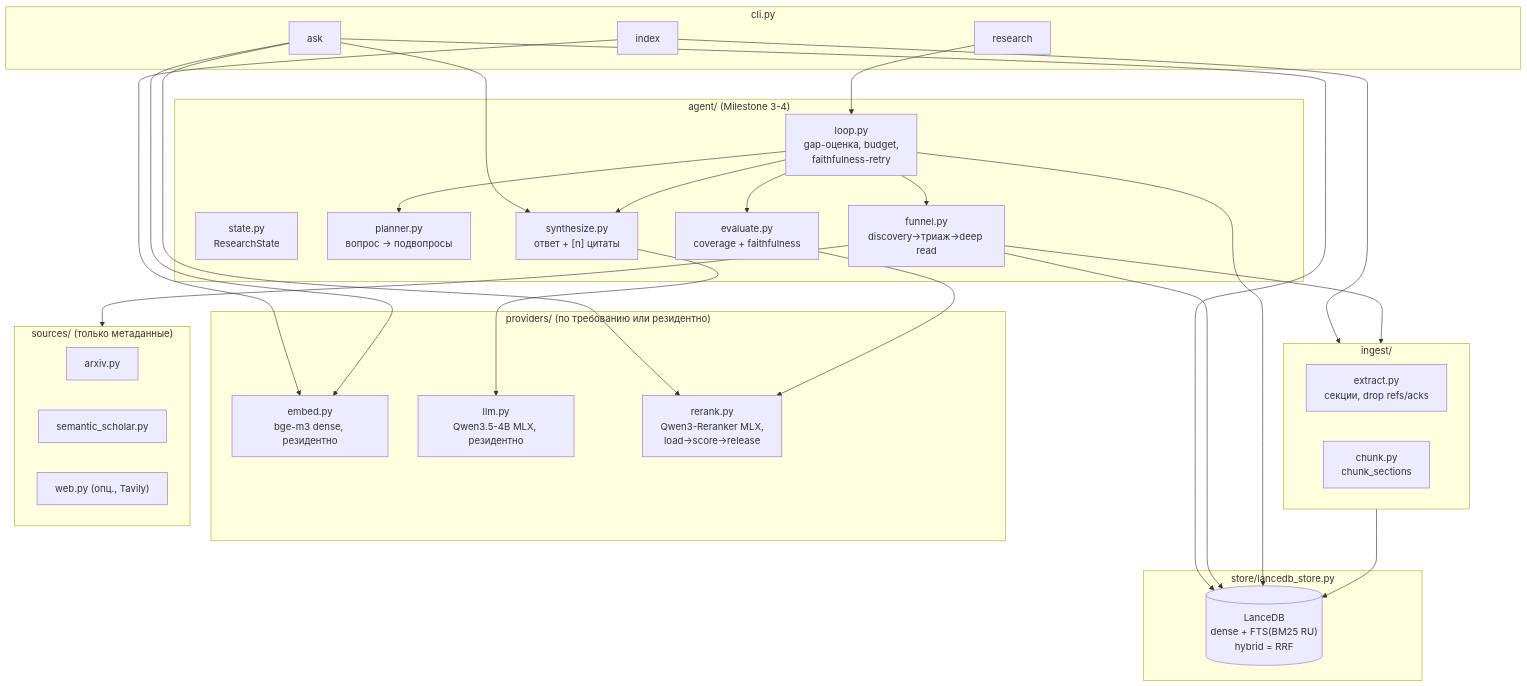
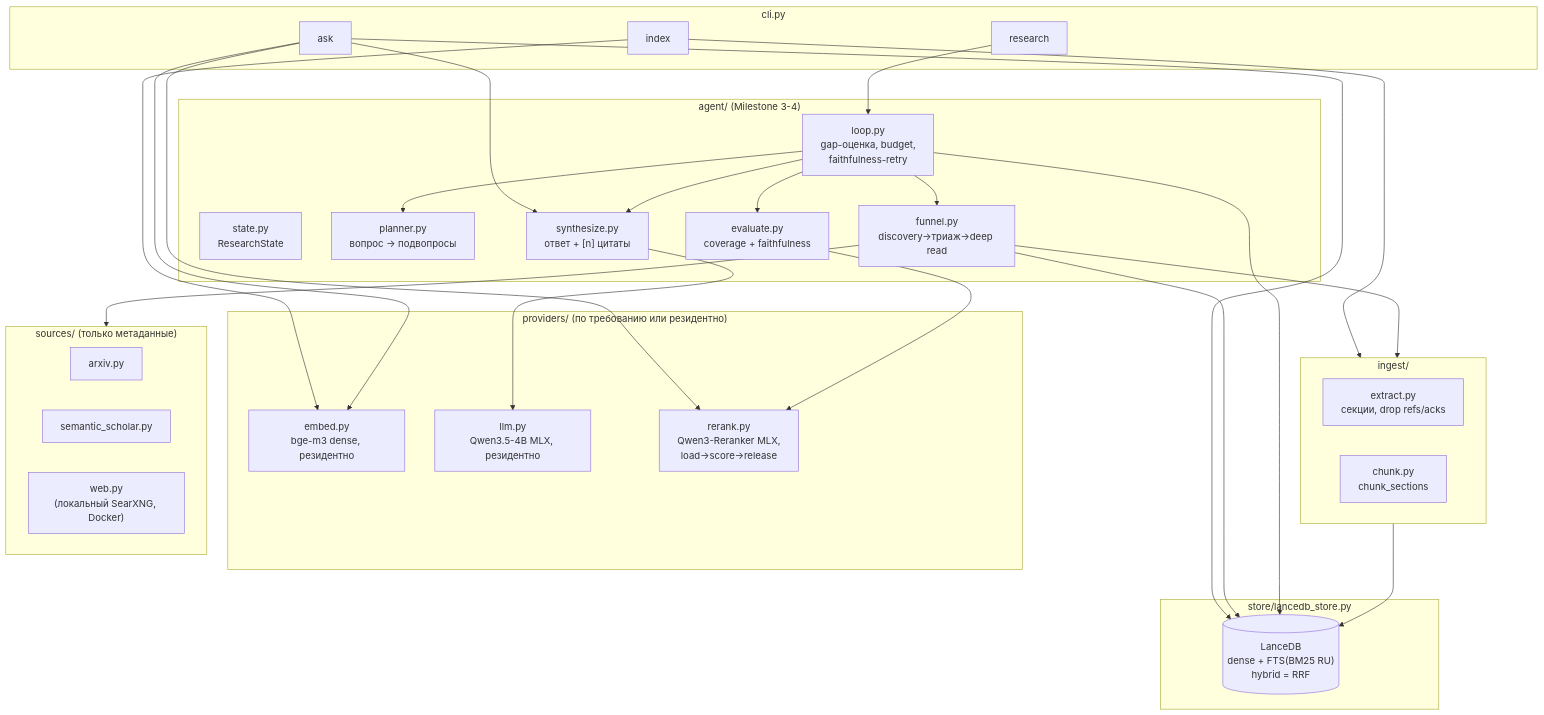
The diagram in README.md (lucenticus/local-research-agent), drawn with Mermaid before and after one commit. The commit also changed other lines of this file and 6 other files, not shown here.

````diff
--- a/README.md
+++ b/README.md
@@ -23,50 +26,50 @@
 ```mermaid
 flowchart TB
     subgraph cli["cli.py"]
         index["index"]
         ask["ask"]
         research["research"]
     end
 
     subgraph providers["providers/ (по требованию или резидентно)"]
         embed["embed.py<br/>bge-m3 dense, резидентно"]
         llm["llm.py<br/>Qwen3.5-4B MLX, резидентно"]
         rerank["rerank.py<br/>Qwen3-Reranker MLX,<br/>load→score→release"]
     end
 
     subgraph store["store/lancedb_store.py"]
         lance[("LanceDB<br/>dense + FTS(BM25 RU)<br/>hybrid = RRF")]
     end
 
     subgraph ingest["ingest/"]
         extract["extract.py<br/>секции, drop refs/acks"]
         chunk["chunk.py<br/>chunk_sections"]
     end
 
     subgraph agent["agent/ (Milestone 3-4)"]
         state["state.py<br/>ResearchState"]
         planner["planner.py<br/>вопрос → подвопросы"]
         funnel["funnel.py<br/>discovery→триаж→deep read"]
         loop["loop.py<br/>gap-оценка, budget,<br/>faithfulness-retry"]
         synth["synthesize.py<br/>ответ + [n] цитаты"]
         eval["evaluate.py<br/>coverage + faithfulness"]
     end
 
     subgraph sources["sources/ (только метаданные)"]
         arxiv["arxiv.py"]
         s2["semantic_scholar.py"]
-        web["web.py (опц., Tavily)"]
+        web["web.py<br/>(локальный SearXNG, Docker)"]
     end
 
     index --> ingest --> lance
     index --> embed
     ask --> embed & rerank & lance & synth
     research --> loop
     loop --> planner & funnel & synth & eval
     funnel --> sources
     funnel --> ingest
     funnel --> lance
     loop --> lance
     eval --> rerank
     synth --> llm
 ```
````
